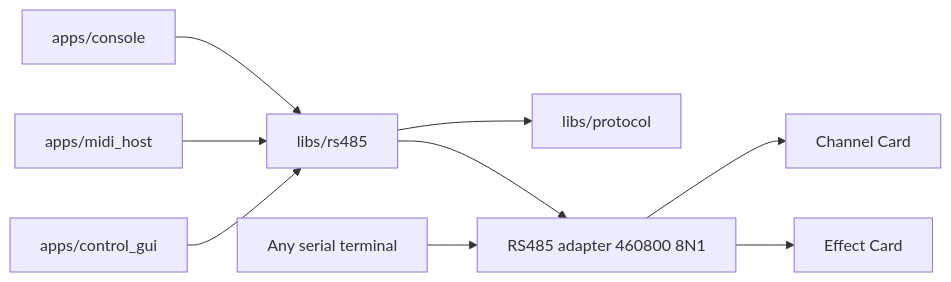
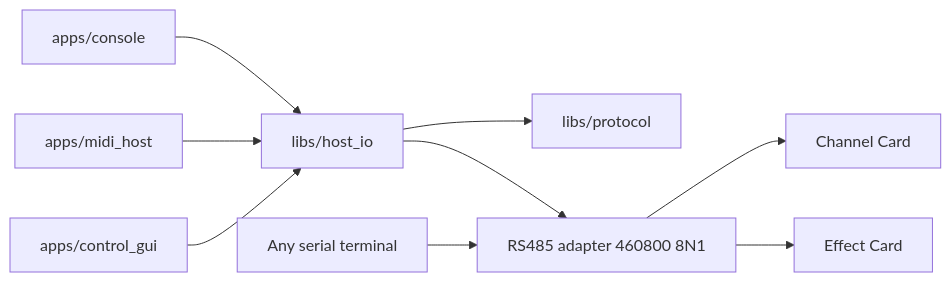
The diagram in docs/rs485_console_architecture.md (narendrabhatt-freshwater/firmware), drawn with Mermaid before and after one commit. The commit also changed other lines of this file and 37 other files, not shown here.

First line of the commit message:
Rename libs/rs485 to libs/host_io with rs485 and usb folders.

````diff
--- a/docs/rs485_console_architecture.md
+++ b/docs/rs485_console_architecture.md
@@ -22,20 +22,20 @@
 ```mermaid
 flowchart LR
   Term[Any serial terminal]
   Con[apps/console]
   Midi[apps/midi_host]
   Gui[apps/control_gui]
-  Lib[libs/rs485]
+  Lib[libs/host_io]
   Proto[libs/protocol]
   Bus[RS485 adapter 460800 8N1]
   CC[Channel Card]
   EC[Effect Card]
   Con --> Lib
   Midi --> Lib
   Gui --> Lib
   Lib --> Proto
   Lib --> Bus
   Term --> Bus
   Bus --> CC
   Bus --> EC
 ```
````
